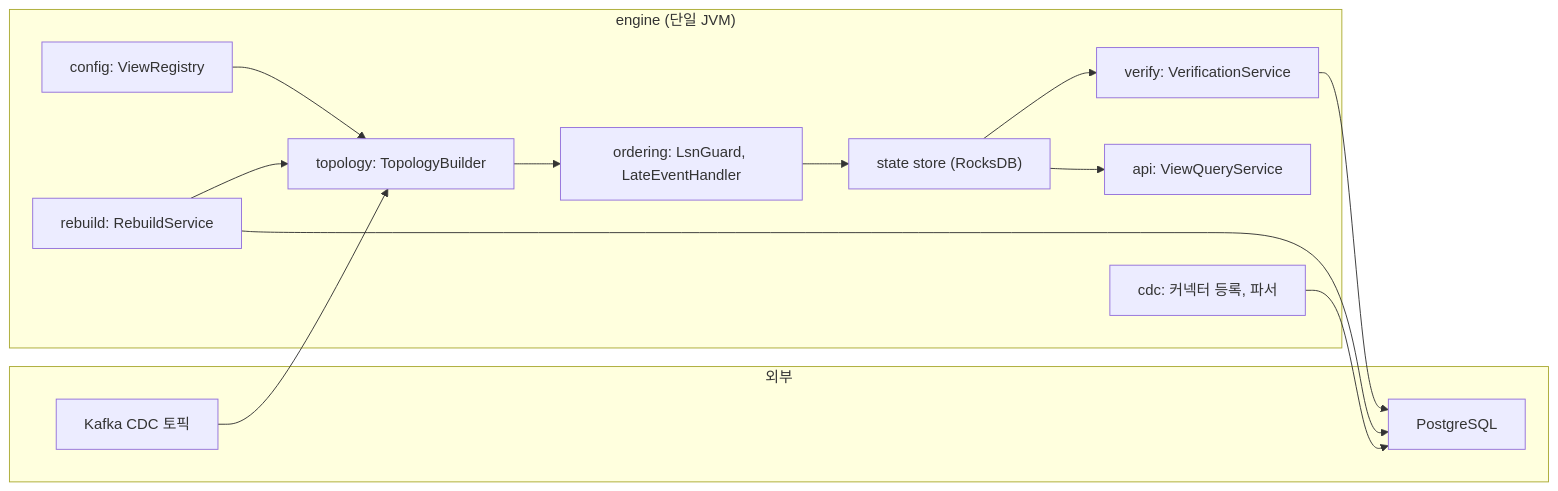
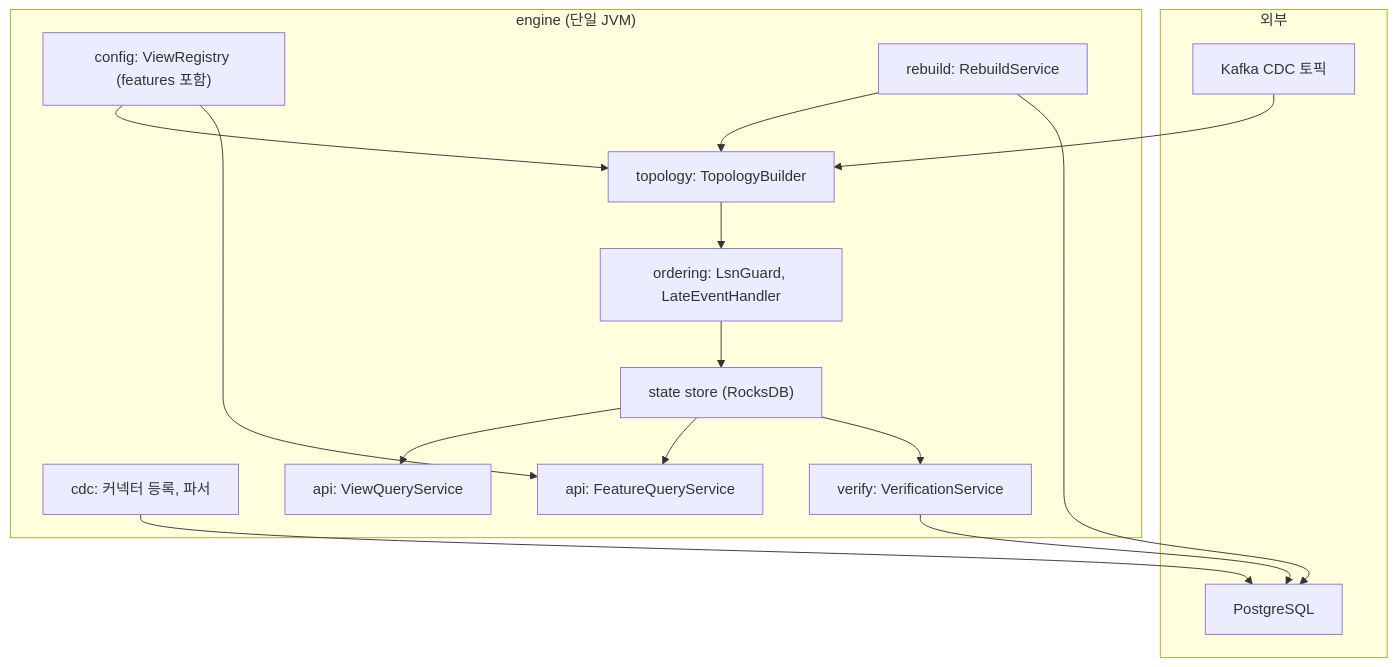
The second of 9 diagrams in docs/SDS.md (nini4746/cdc-view-engine), drawn with Mermaid before and after one commit. The commit also changed other lines of this file and 1 other file, not shown here.

Commit message:
docs: sync SRS/SDS with feature query API and count_distinct

````diff
--- a/docs/SDS.md
+++ b/docs/SDS.md
@@ -87,27 +91,30 @@
 ```mermaid
-flowchart LR
+flowchart TB
     subgraph ext["외부"]
         KAFKA["Kafka CDC 토픽"]
         PG["PostgreSQL"]
     end
     subgraph engine["engine (단일 JVM)"]
-        CFG["config: ViewRegistry"]
+        CFG["config: ViewRegistry (features 포함)"]
         CDC["cdc: 커넥터 등록, 파서"]
         TOPO["topology: TopologyBuilder"]
         ORD["ordering: LsnGuard, LateEventHandler"]
         STORE["state store (RocksDB)"]
         API["api: ViewQueryService"]
+        FQ["api: FeatureQueryService"]
         VER["verify: VerificationService"]
         REB["rebuild: RebuildService"]
     end
     CFG --> TOPO
+    CFG --> FQ
     KAFKA --> TOPO
     TOPO --> ORD
     ORD --> STORE
     STORE --> API
+    STORE --> FQ
     STORE --> VER
     VER --> PG
     REB --> TOPO
     REB --> PG
     CDC --> PG
 ```
````
